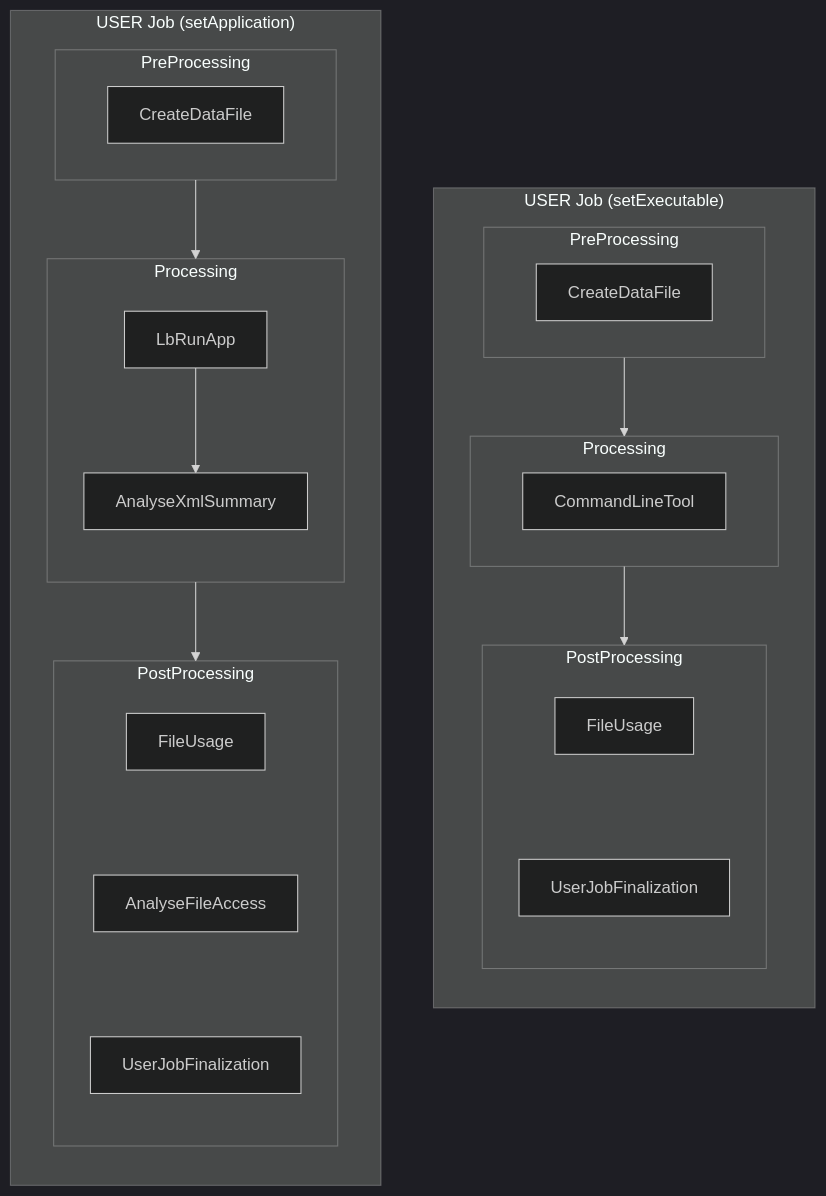
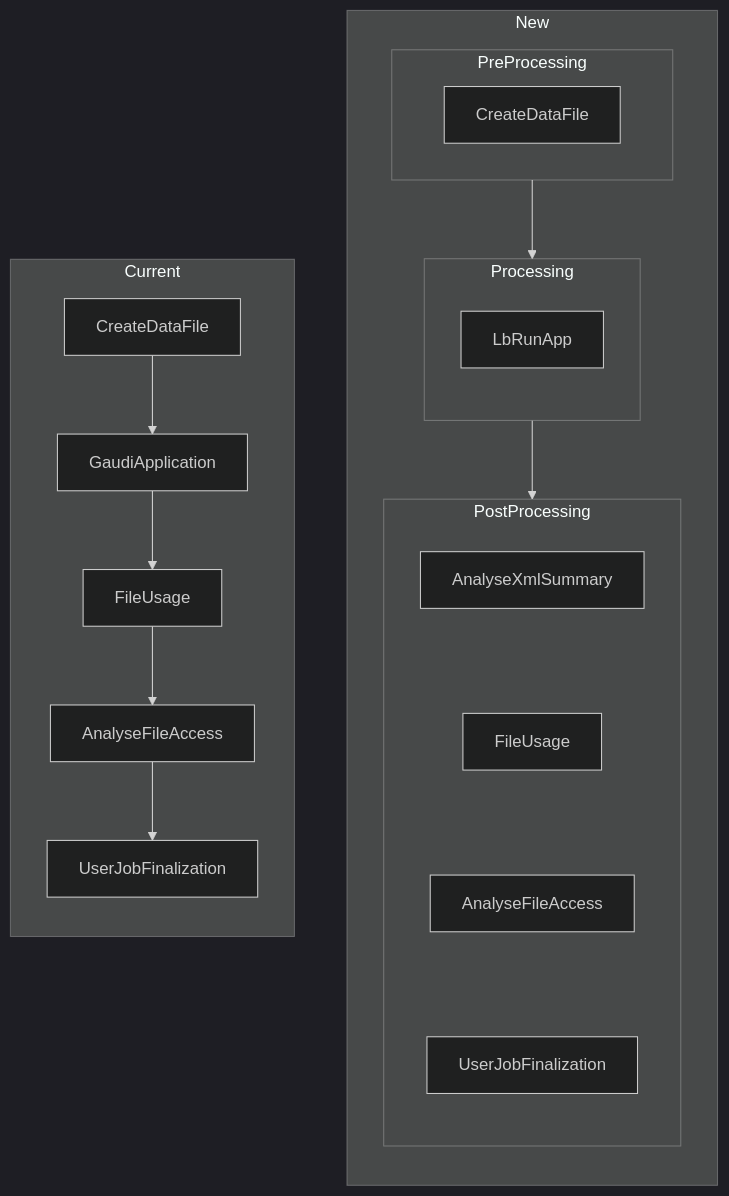
One commit to DIRACGrid/dirac-cwl changed the second of 5 diagrams in docs/design/lhcb-workflows.md. Above: the diagram before and after it, drawn with Mermaid (dark theme). The commit also changed other lines of this file, not shown here.

Commit message:
docs(lhcb-workflows): Add comparisons between current and new system

````diff
--- a/docs/design/lhcb-workflows.md
+++ b/docs/design/lhcb-workflows.md
@@ -5,45 +50,43 @@
 ```mermaid
-flowchart TD
-    subgraph "USER Job (setExecutable)"
+flowchart LR
+    subgraph Current
         direction TB
-        subgraph PreProcessing0[PreProcessing]
-            CreateDataFile0[CreateDataFile]
-        end
-        subgraph Processing0[Processing]
-            CommandLineTool0[CommandLineTool]
-        end
-        subgraph PostProcessing0[PostProcessing]
-            direction TB
-            FileUsage0[FileUsage] 
-            UserJobFinalization0[UserJobFinalization]
-            
-            FileUsage0 ~~~ UserJobFinalization0
-        end
-        PreProcessing0 --> Processing0
-        Processing0 --> PostProcessing0
+
+        CreateDataFile0[CreateDataFile]
+        GaudiApplication0[GaudiApplication]
+        FileUsage0[FileUsage]
+        AnalyseFileAccess0[AnalyseFileAccess]
+        UserJobFinalization0[UserJobFinalization]
+
+        CreateDataFile0 --> GaudiApplication0
+        GaudiApplication0 --> FileUsage0
+        FileUsage0 --> AnalyseFileAccess0
+        AnalyseFileAccess0 --> UserJobFinalization0
     end
-    
-    subgraph "USER Job (setApplication)"
+
+    subgraph New
         direction TB
         subgraph PreProcessing1[PreProcessing]
             CreateDataFile1[CreateDataFile]
         end
         subgraph Processing1[Processing]
         direction TB
             LbRunApp1[LbRunApp]
-            AnalyseXmlSummary1[AnalyseXmlSummary]
-            LbRunApp1 --> AnalyseXmlSummary1
         end
         subgraph PostProcessing1[PostProcessing]
             direction TB
+            AnalyseXmlSummary1[AnalyseXmlSummary]
             FileUsage1[FileUsage]
             AnalyseFileAccess1[AnalyseFileAccess]
             UserJobFinalization1[UserJobFinalization]
-            
+
+            AnalyseXmlSummary1 ~~~ FileUsage1
             FileUsage1 ~~~ AnalyseFileAccess1
             AnalyseFileAccess1 ~~~ UserJobFinalization1
         end
         PreProcessing1 --> Processing1
         Processing1 --> PostProcessing1
     end
+
+    Current ~~~ New
 ```
````
